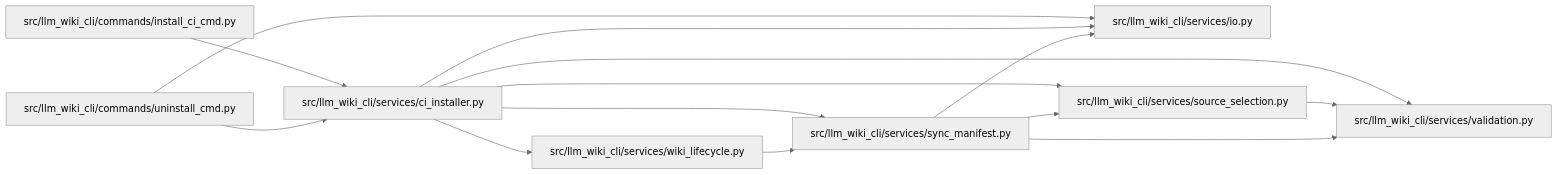
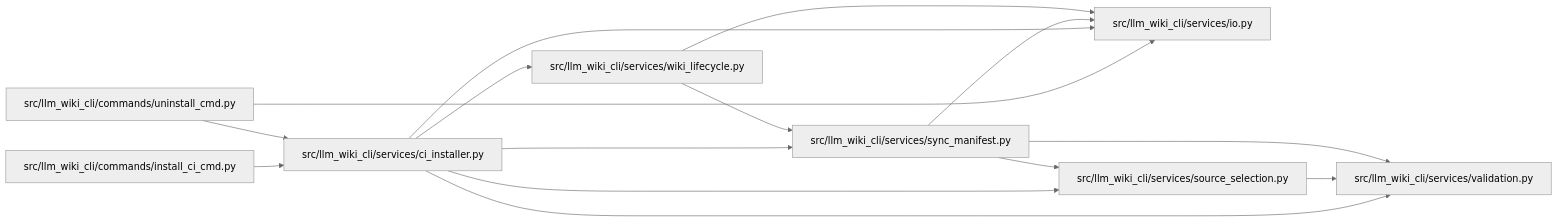
Before and after one commit to Denissvgn/python-wiki-llm: the diagram in docs/llm_wiki/modules/ci_installer.md, drawn with Mermaid (neutral theme). The commit also changed 364 other files, not shown here.

````diff
--- a/docs/llm_wiki/modules/ci_installer.md
+++ b/docs/llm_wiki/modules/ci_installer.md
@@ -29,32 +29,33 @@
 ```mermaid
 flowchart LR
     n0["src/llm_wiki_cli/commands/install_ci_cmd.py"]
     n1["src/llm_wiki_cli/commands/uninstall_cmd.py"]
     n2["src/llm_wiki_cli/services/ci_installer.py"]
     n3["src/llm_wiki_cli/services/io.py"]
     n4["src/llm_wiki_cli/services/source_selection.py"]
     n5["src/llm_wiki_cli/services/sync_manifest.py"]
     n6["src/llm_wiki_cli/services/validation.py"]
     n7["src/llm_wiki_cli/services/wiki_lifecycle.py"]
     n0 --> n2
     n1 --> n2
     n1 --> n3
     n2 --> n3
     n2 --> n4
     n2 --> n5
     n2 --> n6
     n2 --> n7
     n4 --> n6
     n5 --> n3
     n5 --> n4
     n5 --> n6
+    n7 --> n3
     n7 --> n5
     click n0 "../modules/install_ci_cmd.md"
     click n1 "../modules/uninstall_cmd.md"
     click n2 "../modules/ci_installer.md"
     click n3 "../modules/io.md"
     click n4 "../modules/source_selection.md"
     click n5 "../modules/sync_manifest.md"
     click n6 "../modules/validation.md"
     click n7 "../modules/wiki_lifecycle.md"
 ```
````
